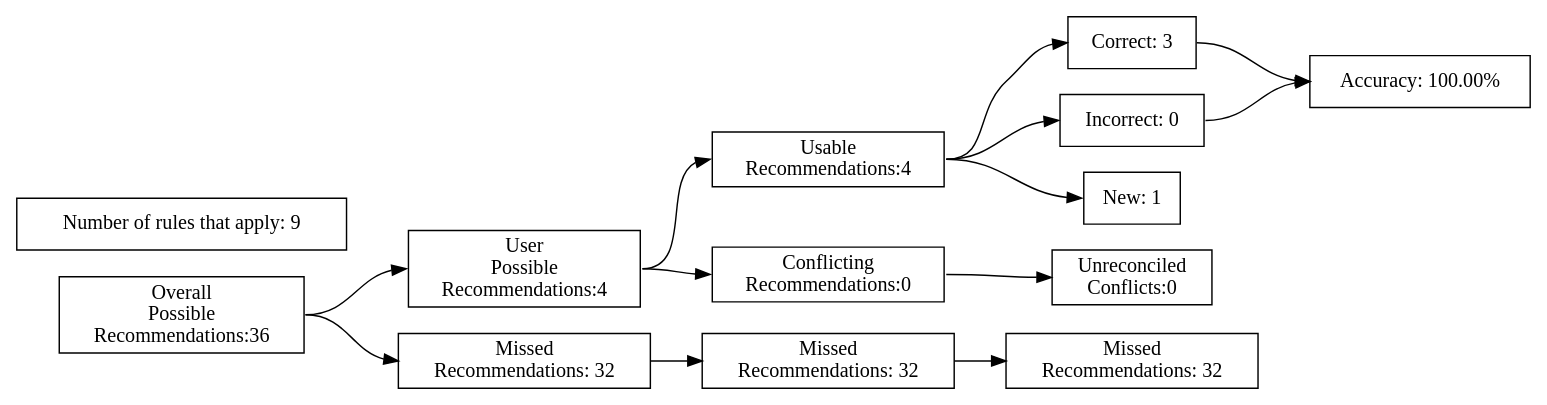
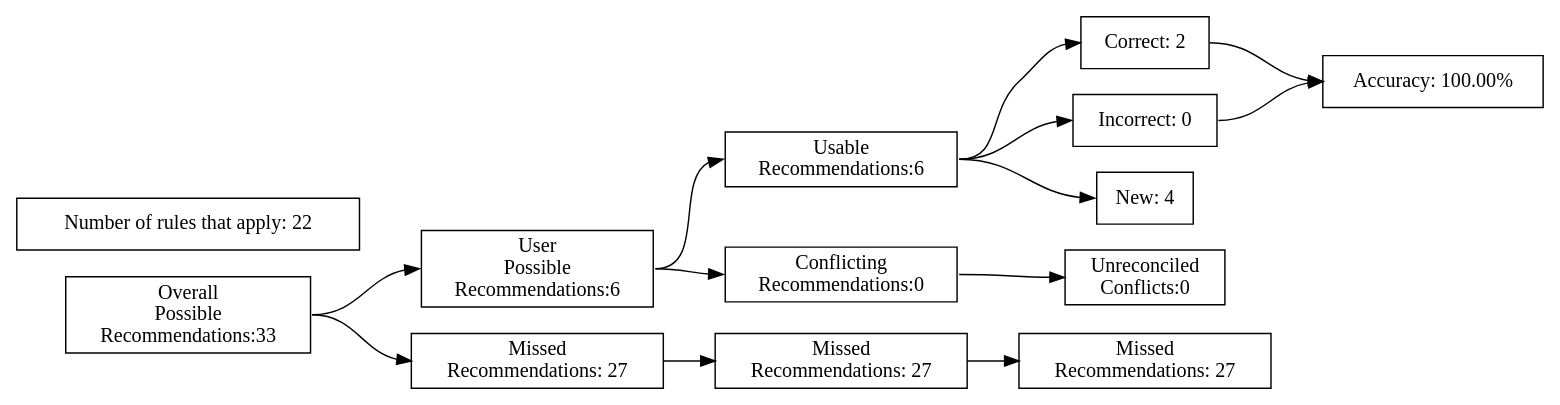
Before and after one commit to ZaxR/ibd_diet_analysis: the diagram in test_renders/106.gv, drawn with Graphviz. The commit also changed 228 other files, not shown here.

```diff
--- a/test_renders/106.gv
+++ b/test_renders/106.gv
@@ -1,40 +1,40 @@
 digraph {
 	graph [rankdir=LR]
 	node [pos=r shape=box]
 	edge [headport=w tailport=e]
 		A [label="Overall
 Possible
-Recommendations:36"]
+Recommendations:33"]
 		B [label="User
 Possible
-Recommendations:4"]
+Recommendations:6"]
 		C [label="Missed
-Recommendations: 32"]
+Recommendations: 27"]
 		D [label="Usable
-Recommendations:4"]
+Recommendations:6"]
 		E [label="Conflicting
 Recommendations:0"]
 		J [label="Missed
-Recommendations: 32"]
+Recommendations: 27"]
 		M [label="Unreconciled
 Conflicts:0"]
-		F [label="Correct: 3"]
+		F [label="Correct: 2"]
 		G [label="Incorrect: 0"]
-		H [label="New: 1"]
+		H [label="New: 4"]
 		K [label="Missed
-Recommendations: 32"]
+Recommendations: 27"]
 		I [label="Accuracy: 100.00%"]
-		l [label="Number of rules that apply: 9"]
+		l [label="Number of rules that apply: 22"]
 			A -> B
 			A -> C
 			B -> D
 			B -> E
 			D -> F
 			D -> G
 			D -> H
 			F -> I
 			G -> I
 			C -> J
 			J -> K
 			E -> M
 }
```
